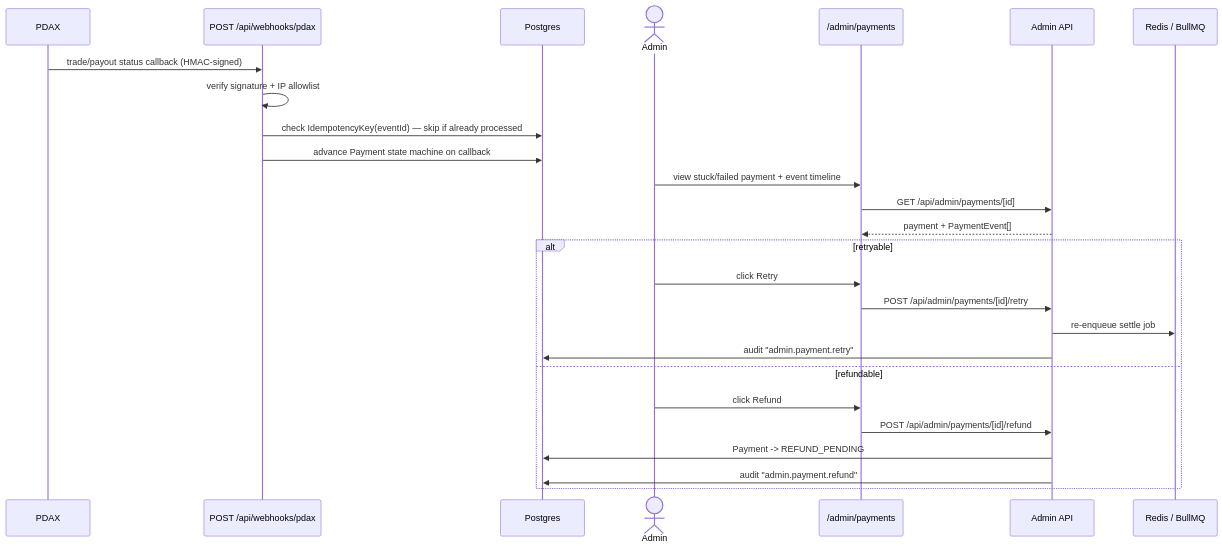
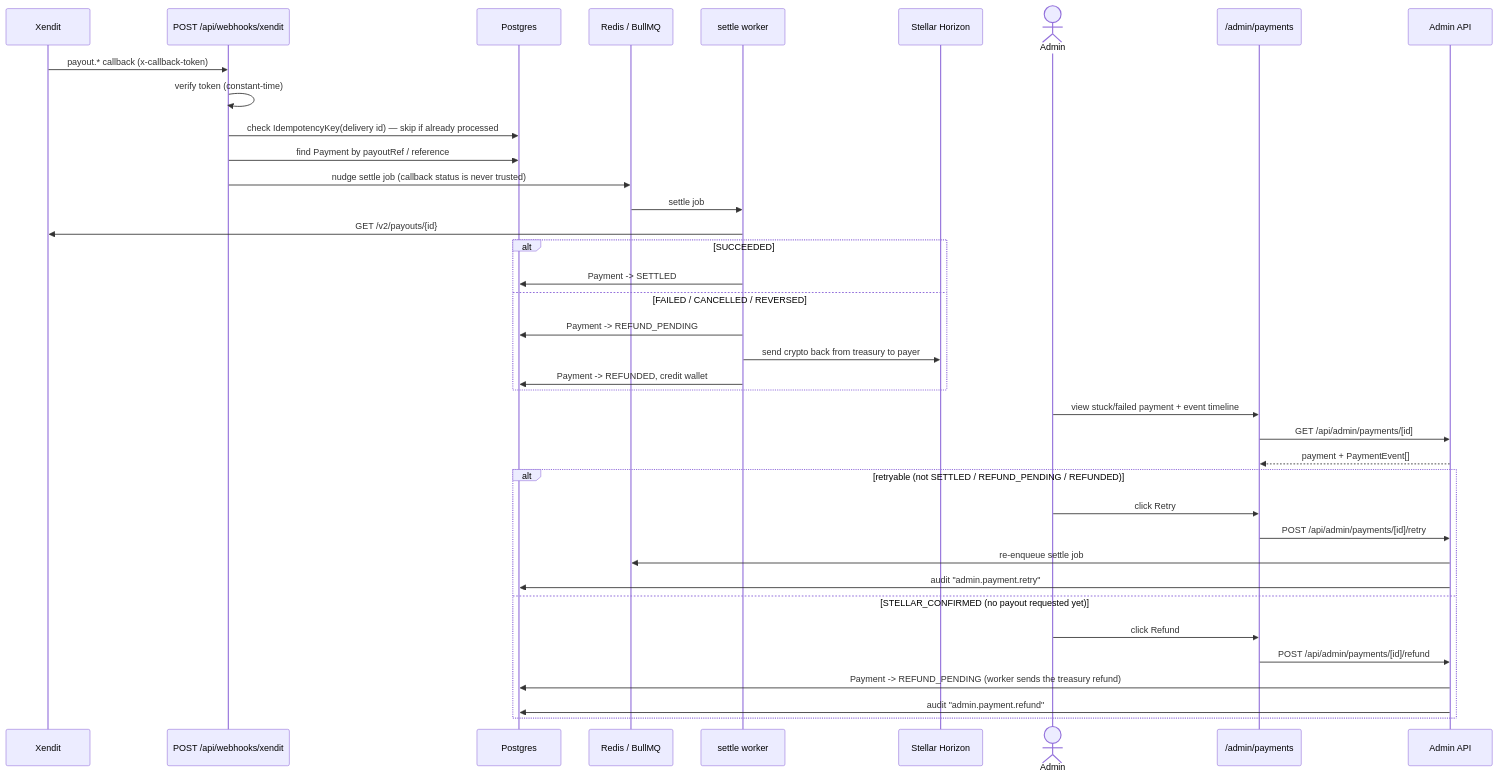
One commit to artisam-heypay/heypay changed the fifth of 5 diagrams in README.md. Above: the diagram before and after it, drawn with Mermaid. The commit also changed other lines of this file, not shown here.

First line of the commit message:
docs(readme): describe the treasury + Xendit payout flow

````diff
--- a/README.md
+++ b/README.md
@@ -244,30 +254,42 @@
 ```mermaid
 sequenceDiagram
-    participant PDAX as PDAX
-    participant API as POST /api/webhooks/pdax
+    participant Xendit as Xendit
+    participant API as POST /api/webhooks/xendit
     participant DB as Postgres
+    participant Queue as Redis / BullMQ
+    participant Worker as settle worker
+    participant Horizon as Stellar Horizon
     actor Admin
     participant AdminUI as /admin/payments
     participant AdminAPI as Admin API
-    participant Queue as Redis / BullMQ
 
-    PDAX->>API: trade/payout status callback (HMAC-signed)
-    API->>API: verify signature + IP allowlist
-    API->>DB: check IdempotencyKey(eventId) — skip if already processed
-    API->>DB: advance Payment state machine on callback
+    Xendit->>API: payout.* callback (x-callback-token)
+    API->>API: verify token (constant-time)
+    API->>DB: check IdempotencyKey(delivery id) — skip if already processed
+    API->>DB: find Payment by payoutRef / reference
+    API->>Queue: nudge settle job (callback status is never trusted)
+    Queue->>Worker: settle job
+    Worker->>Xendit: GET /v2/payouts/{id}
+    alt SUCCEEDED
+        Worker->>DB: Payment -> SETTLED
+    else FAILED / CANCELLED / REVERSED
+        Worker->>DB: Payment -> REFUND_PENDING
+        Worker->>Horizon: send crypto back from treasury to payer
+        Worker->>DB: Payment -> REFUNDED, credit wallet
+    end
 
     Admin->>AdminUI: view stuck/failed payment + event timeline
     AdminUI->>AdminAPI: GET /api/admin/payments/[id]
     AdminAPI-->>AdminUI: payment + PaymentEvent[]
-    alt retryable
+    alt retryable (not SETTLED / REFUND_PENDING / REFUNDED)
         Admin->>AdminUI: click Retry
         AdminUI->>AdminAPI: POST /api/admin/payments/[id]/retry
         AdminAPI->>Queue: re-enqueue settle job
         AdminAPI->>DB: audit "admin.payment.retry"
-    else refundable
+    else STELLAR_CONFIRMED (no payout requested yet)
         Admin->>AdminUI: click Refund
         AdminUI->>AdminAPI: POST /api/admin/payments/[id]/refund
-        AdminAPI->>DB: Payment -> REFUND_PENDING
+        AdminAPI->>DB: Payment -> REFUND_PENDING (worker sends the treasury refund)
         AdminAPI->>DB: audit "admin.payment.refund"
     end
 ```
````
